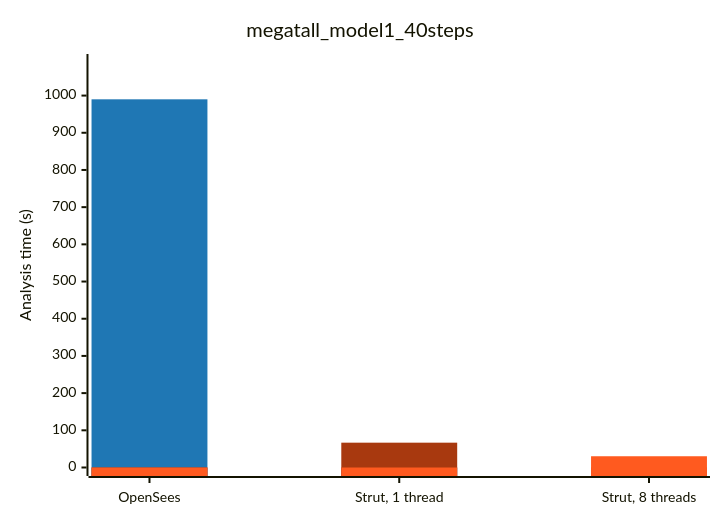
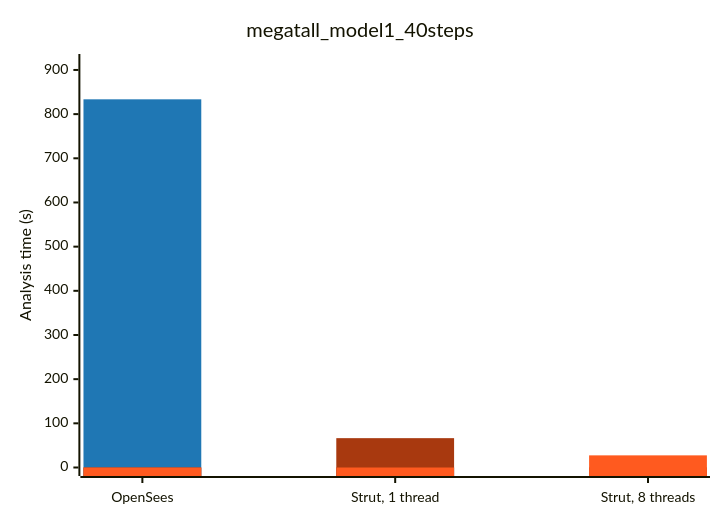
Before and after one commit to NathanaelRea/Strut: the first of 9 diagrams in docs/benchmark-opensees-examples.md, drawn with Mermaid. The commit also changed other lines of this file and 23 other files, not shown here.

````diff
--- a/docs/benchmark-opensees-examples.md
+++ b/docs/benchmark-opensees-examples.md
@@ -18,15 +16,15 @@
 ```mermaid
 ---
 config:
   themeVariables:
     xyChart:
       plotColorPalette: '#1f77b4, #a8390f, #FF5A1F'
 ---
 xychart-beta
     title "megatall_model1_40steps"
     x-axis ["OpenSees", "Strut, 1 thread", "Strut, 8 threads"]
-    y-axis "Analysis time (s)" 0 --> 1088.931
-    bar "OS" [989.937, 0.0, 0.0]
-    bar "STR1" [0.0, 66.747, 0.0]
-    bar "STR" [0.0, 0.0, 30.260]
+    y-axis "Analysis time (s)" 0 --> 916.884
+    bar "OS" [833.530, 0.0, 0.0]
+    bar "STR1" [0.0, 66.435, 0.0]
+    bar "STR" [0.0, 0.0, 27.474]
 ```
````
